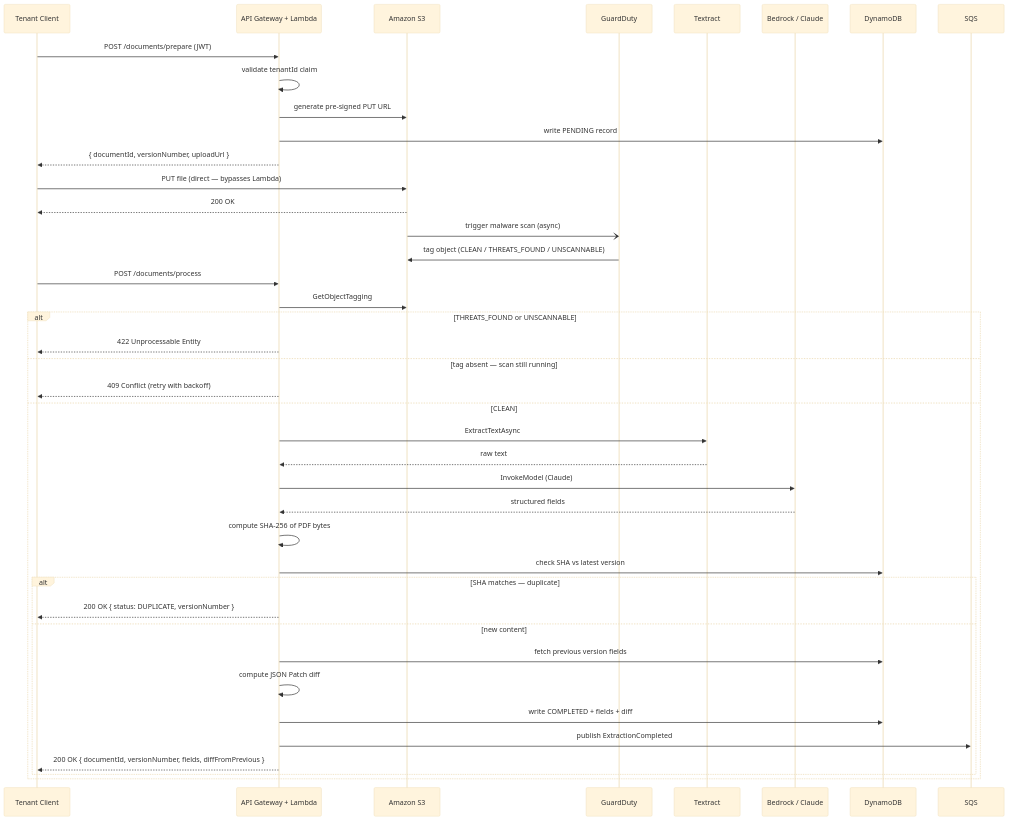
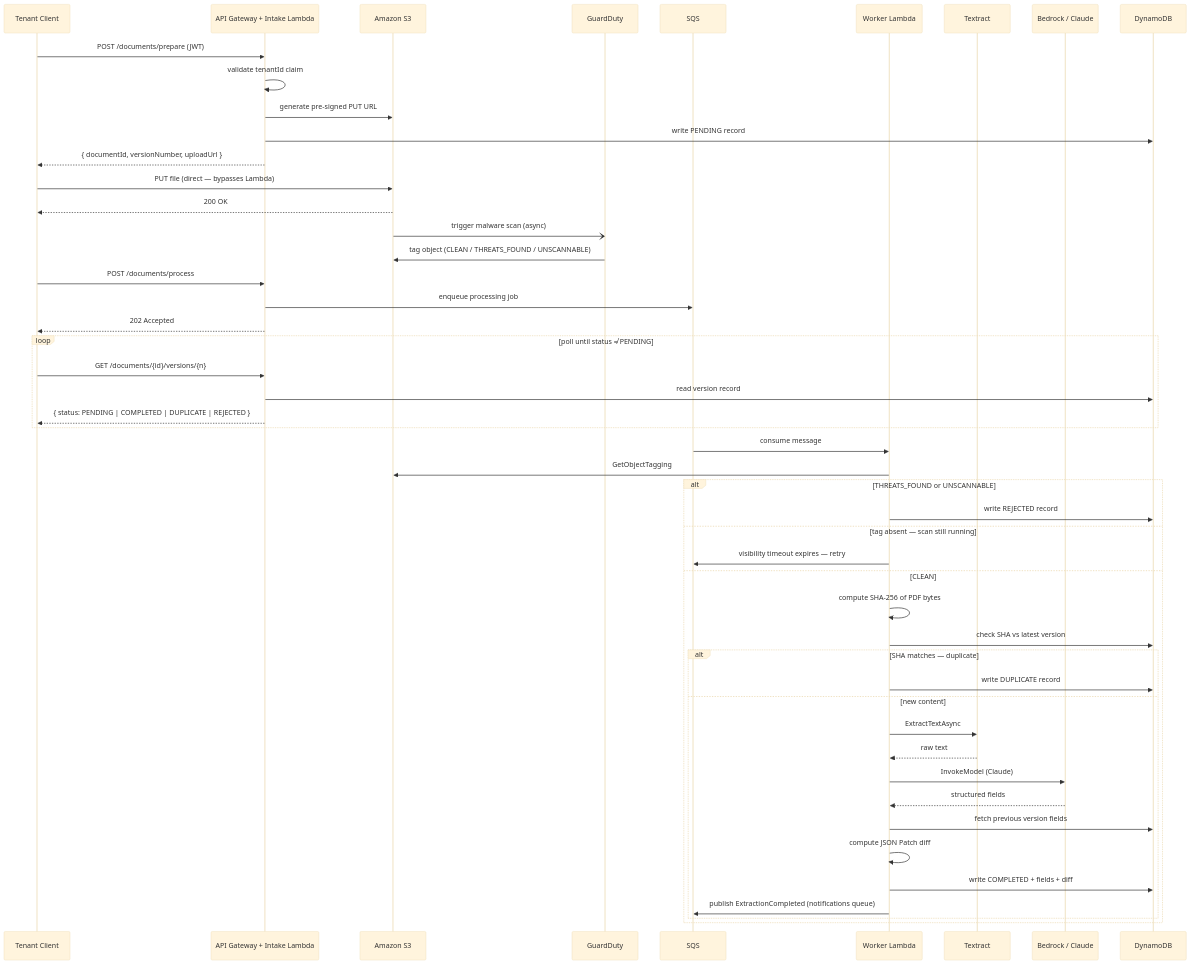
One commit to cincuentaydos/DocLens.Docs changed the first of 7 diagrams in docs/data-flow.md. Above: the diagram before and after it, drawn with Mermaid (base theme). The commit also changed other lines of this file and 7 other files, not shown here.

Commit message:
feat: implement asynchronous document processing with SQS and worker Lambda

````diff
--- a/docs/data-flow.md
+++ b/docs/data-flow.md
@@ -7,47 +7,57 @@
 ```mermaid
 sequenceDiagram
     participant C as Tenant Client
-    participant GW as API Gateway + Lambda
+    participant GW as API Gateway + Intake Lambda
     participant S3 as Amazon S3
     participant GD as GuardDuty
+    participant SQ as SQS
+    participant WK as Worker Lambda
     participant TX as Textract
     participant BD as Bedrock / Claude
     participant DB as DynamoDB
-    participant SQ as SQS
 
     C->>GW: POST /documents/prepare (JWT)
     GW->>GW: validate tenantId claim
     GW->>S3: generate pre-signed PUT URL
     GW->>DB: write PENDING record
     GW-->>C: { documentId, versionNumber, uploadUrl }
 
     C->>S3: PUT file (direct — bypasses Lambda)
     S3-->>C: 200 OK
     S3-)GD: trigger malware scan (async)
     GD->>S3: tag object (CLEAN / THREATS_FOUND / UNSCANNABLE)
 
     C->>GW: POST /documents/process
-    GW->>S3: GetObjectTagging
+    GW->>SQ: enqueue processing job
+    GW-->>C: 202 Accepted
+
+    loop poll until status ≠ PENDING
+        C->>GW: GET /documents/{id}/versions/{n}
+        GW->>DB: read version record
+        GW-->>C: { status: PENDING | COMPLETED | DUPLICATE | REJECTED }
+    end
+
+    SQ->>WK: consume message
+    WK->>S3: GetObjectTagging
 
     alt THREATS_FOUND or UNSCANNABLE
-        GW-->>C: 422 Unprocessable Entity
+        WK->>DB: write REJECTED record
     else tag absent — scan still running
-        GW-->>C: 409 Conflict (retry with backoff)
+        WK->>SQ: visibility timeout expires — retry
     else CLEAN
-        GW->>TX: ExtractTextAsync
-        TX-->>GW: raw text
-        GW->>BD: InvokeModel (Claude)
-        BD-->>GW: structured fields
-        GW->>GW: compute SHA-256 of PDF bytes
-        GW->>DB: check SHA vs latest version
+        WK->>WK: compute SHA-256 of PDF bytes
+        WK->>DB: check SHA vs latest version
         alt SHA matches — duplicate
-            GW-->>C: 200 OK { status: DUPLICATE, versionNumber }
+            WK->>DB: write DUPLICATE record
         else new content
-            GW->>DB: fetch previous version fields
-            GW->>GW: compute JSON Patch diff
-            GW->>DB: write COMPLETED + fields + diff
-            GW->>SQ: publish ExtractionCompleted
-            GW-->>C: 200 OK { documentId, versionNumber, fields, diffFromPrevious }
+            WK->>TX: ExtractTextAsync
+            TX-->>WK: raw text
+            WK->>BD: InvokeModel (Claude)
+            BD-->>WK: structured fields
+            WK->>DB: fetch previous version fields
+            WK->>WK: compute JSON Patch diff
+            WK->>DB: write COMPLETED + fields + diff
+            WK->>SQ: publish ExtractionCompleted (notifications queue)
         end
     end
 ```
````
